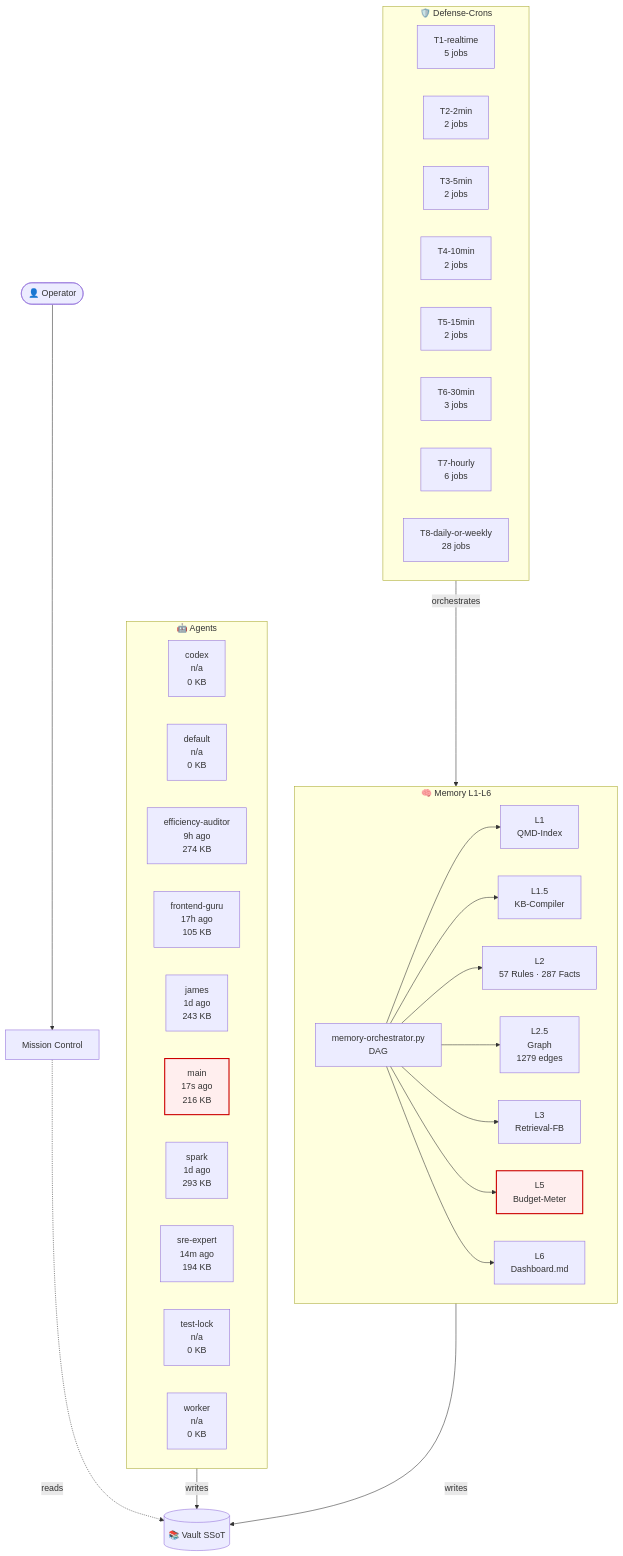
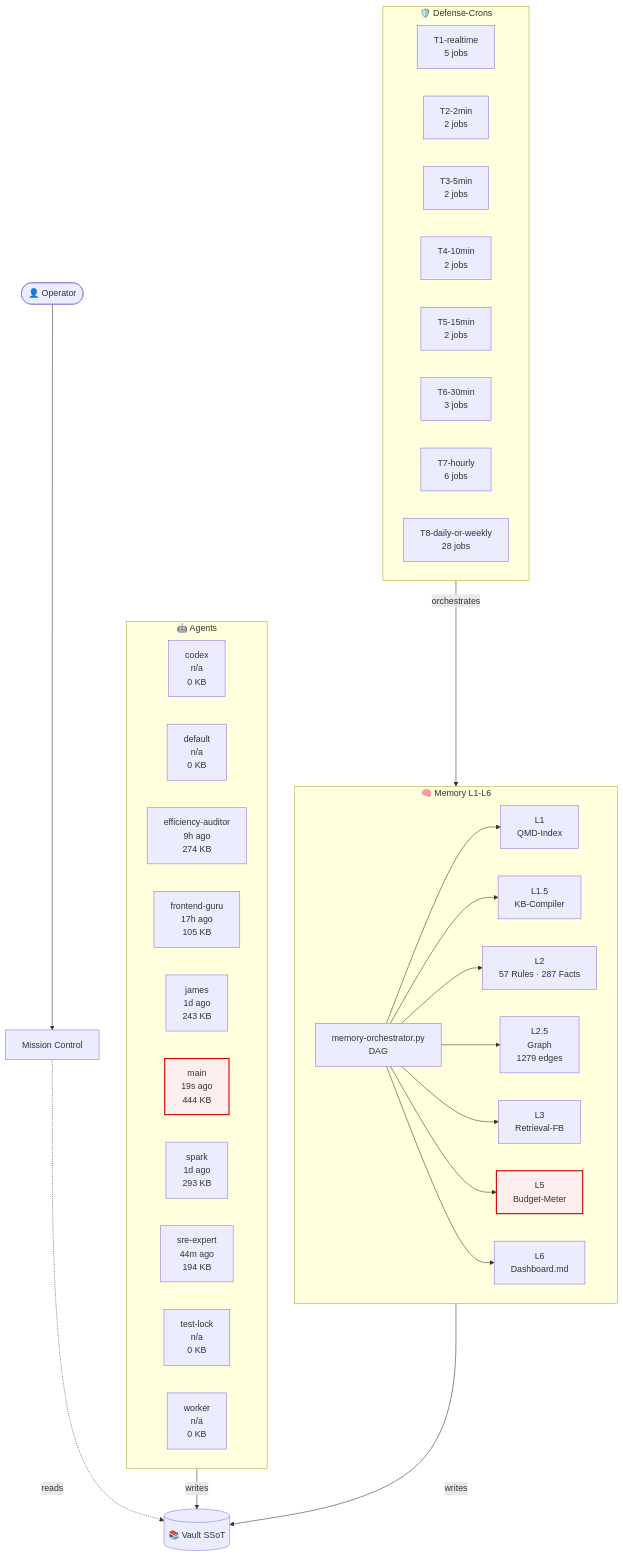
The diagram in 03-Agents/architecture-live.md (lenardhuebner88-rgb/openclaw-memory), drawn with Mermaid before and after one commit. The commit also changed other lines of this file and 13 other files, not shown here.

````diff
--- a/03-Agents/architecture-live.md
+++ b/03-Agents/architecture-live.md
@@ -18,53 +18,53 @@
 ```mermaid
 flowchart TB
     classDef critical fill:#fee,stroke:#c00,stroke-width:2px;
     subgraph AGT["🤖 Agents"]
         agent_codex["codex<br/>n/a<br/>0 KB"]
         agent_default["default<br/>n/a<br/>0 KB"]
         agent_efficiency_auditor["efficiency-auditor<br/>9h ago<br/>274 KB"]
         agent_frontend_guru["frontend-guru<br/>17h ago<br/>105 KB"]
         agent_james["james<br/>1d ago<br/>243 KB"]
-        agent_main["main<br/>17s ago<br/>216 KB"]
+        agent_main["main<br/>19s ago<br/>444 KB"]
         agent_spark["spark<br/>1d ago<br/>293 KB"]
-        agent_sre_expert["sre-expert<br/>14m ago<br/>194 KB"]
+        agent_sre_expert["sre-expert<br/>44m ago<br/>194 KB"]
         agent_test_lock["test-lock<br/>n/a<br/>0 KB"]
         agent_worker["worker<br/>n/a<br/>0 KB"]
     end
     subgraph MEM["🧠 Memory L1-L6"]
         L1["L1<br/>QMD-Index"]
         L15["L1.5<br/>KB-Compiler"]
         L2["L2<br/>57 Rules · 287 Facts"]
         L25["L2.5<br/>Graph<br/>1279 edges"]
         L3["L3<br/>Retrieval-FB"]
         L5["L5<br/>Budget-Meter"]
         L6["L6<br/>Dashboard.md"]
         ORCH["memory-orchestrator.py<br/>DAG"]
     end
     subgraph CRN["🛡️ Defense-Crons"]
         tier_T1_realtime["T1-realtime<br/>5 jobs"]
         tier_T2_2min["T2-2min<br/>2 jobs"]
         tier_T3_5min["T3-5min<br/>2 jobs"]
         tier_T4_10min["T4-10min<br/>2 jobs"]
         tier_T5_15min["T5-15min<br/>2 jobs"]
         tier_T6_30min["T6-30min<br/>3 jobs"]
         tier_T7_hourly["T7-hourly<br/>6 jobs"]
         tier_T8_daily_or_weekly["T8-daily-or-weekly<br/>28 jobs"]
     end
     VAULT[("📚 Vault SSoT")]
     OP([👤 Operator])
     MC["Mission Control"]
     OP --> MC
     MC -.reads.-> VAULT
     AGT -->|writes| VAULT
     MEM -->|writes| VAULT
     ORCH --> L1
     ORCH --> L15
     ORCH --> L2
     ORCH --> L25
     ORCH --> L3
     ORCH --> L5
     ORCH --> L6
     CRN -->|orchestrates| MEM
     class L5 critical
     class agent_main critical
 ```
````
